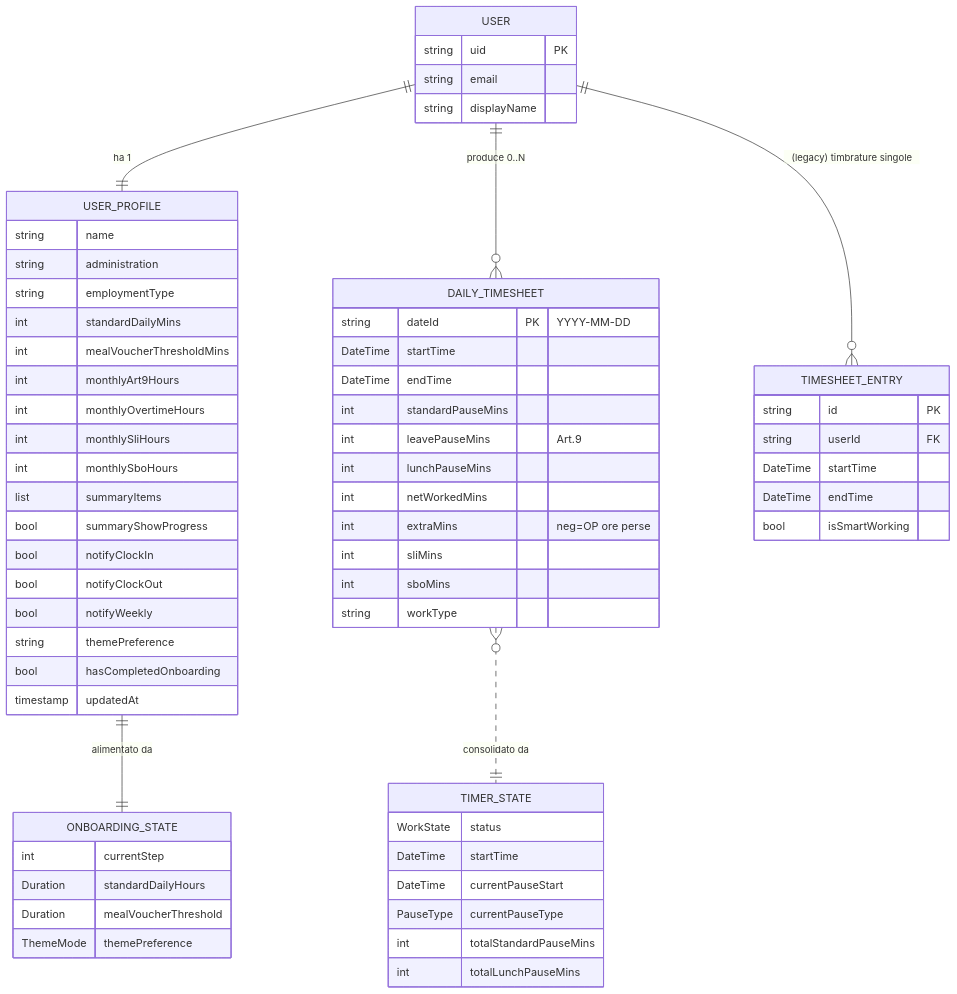
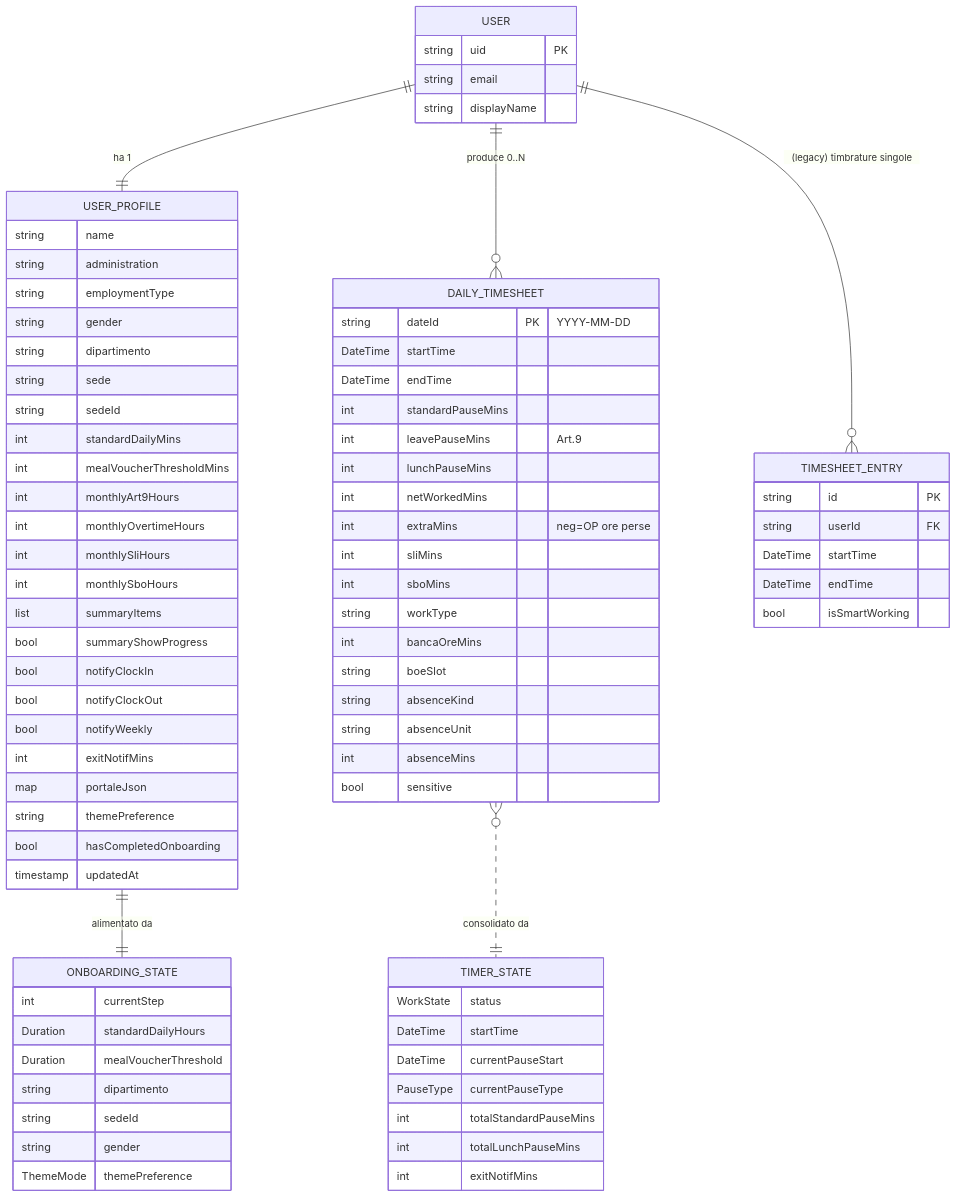
One commit to marcocipriani/chigio_time changed the diagram in docs/entities/README.md. Above: the diagram before and after it, drawn with Mermaid. The commit also changed other lines of this file and 11 other files, not shown here.

Commit message:
docs: fix diagrams and complete review

````diff
--- a/docs/entities/README.md
+++ b/docs/entities/README.md
@@ -25,6 +25,10 @@
         string name
         string administration
         string employmentType
+        string gender
+        string dipartimento
+        string sede
+        string sedeId
         int standardDailyMins
         int mealVoucherThresholdMins
         int monthlyArt9Hours
@@ -36,6 +40,8 @@
         bool notifyClockIn
         bool notifyClockOut
         bool notifyWeekly
+        int exitNotifMins
+        map portaleJson
         string themePreference
         bool hasCompletedOnboarding
         timestamp updatedAt
@@ -44,6 +50,9 @@
         int currentStep
         Duration standardDailyHours
         Duration mealVoucherThreshold
+        string dipartimento
+        string sedeId
+        string gender
         ThemeMode themePreference
     }
     DAILY_TIMESHEET {
@@ -58,6 +67,12 @@
         int sliMins
         int sboMins
         string workType
+        int bancaOreMins
+        string boeSlot
+        string absenceKind
+        string absenceUnit
+        int absenceMins
+        bool sensitive
     }
     TIMESHEET_ENTRY {
         string id PK
@@ -73,5 +88,6 @@
         PauseType currentPauseType
         int totalStandardPauseMins
         int totalLunchPauseMins
+        int exitNotifMins
     }
 ```
````
